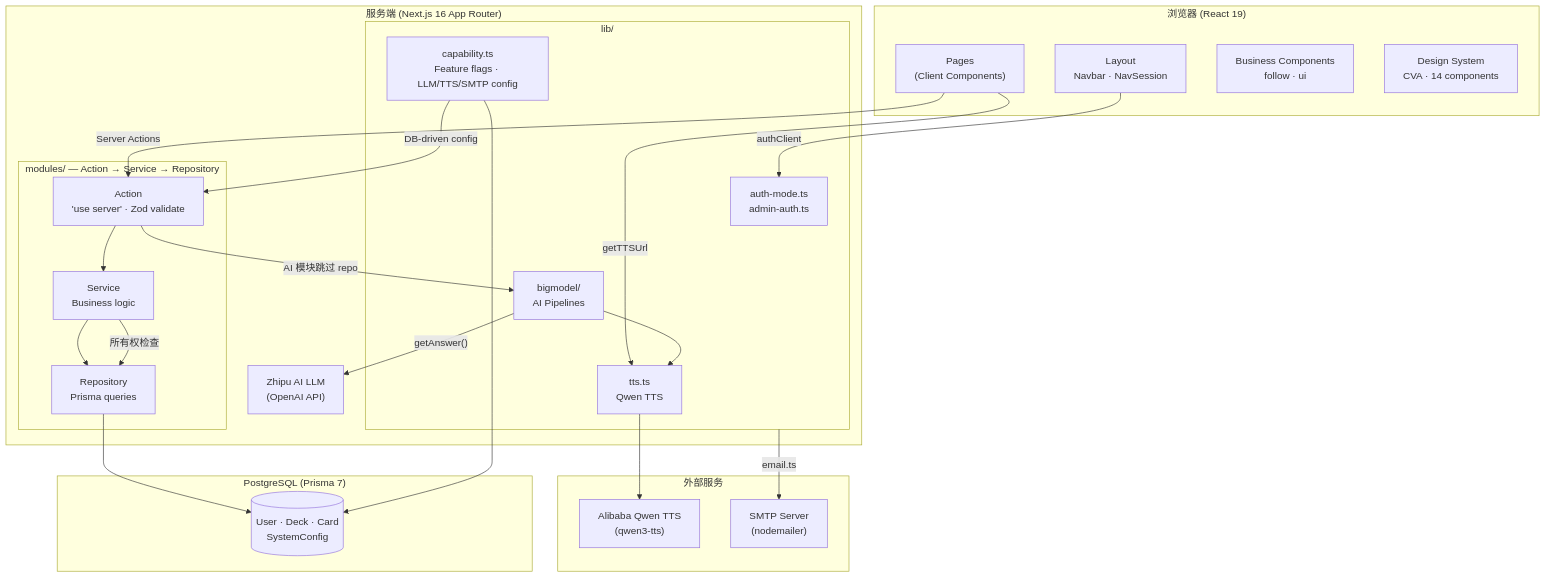
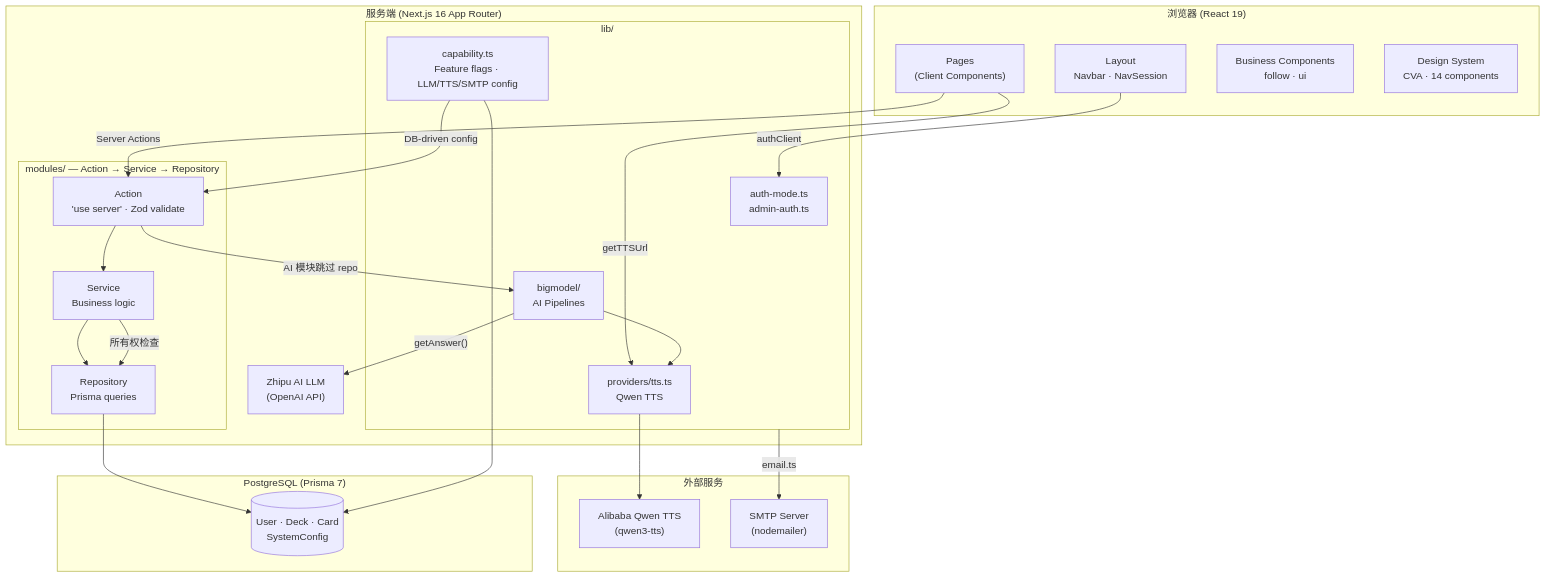
The diagram in README.zh-CN.md (GoddoNebianU/learn-languages), drawn with Mermaid before and after one commit. The commit also changed other lines of this file and 2 other files, not shown here.

Commit message:
docs: clarify doc scope in AGENTS.md, fix README alignment
- AGENTS.md: document that docs include README.md and README.zh-CN.md
- README.md + README.zh-CN.md: tts.ts → providers/tts.ts in mermaid diagram
- README.md + README.zh-CN.md: add compact mode to feature list

````diff
--- a/README.zh-CN.md
+++ b/README.zh-CN.md
@@ -47,48 +48,48 @@
 ```mermaid
 graph TB
     subgraph Browser["浏览器 (React 19)"]
         Pages["Pages<br/>(Client Components)"]
         Layout["Layout<br/>Navbar · NavSession"]
         BizComps["Business Components<br/>follow · ui"]
         DS["Design System<br/>CVA · 14 components"]
     end
 
     Pages -->|"Server Actions"| Action
     Layout -->|"authClient"| AuthMod
     Pages -->|"getTTSUrl"| TTS
 
     subgraph Server["服务端 (Next.js 16 App Router)"]
         subgraph Modules["modules/ — Action → Service → Repository"]
             Action["Action<br/>'use server' · Zod validate"] --> Service["Service<br/>Business logic"] --> Repository["Repository<br/>Prisma queries"]
         end
         Action -->|"AI 模块跳过 repo"| Pipelines
 
         subgraph Lib["lib/"]
             AuthMod["auth-mode.ts<br/>admin-auth.ts"]
             Cap["capability.ts<br/>Feature flags · LLM/TTS/SMTP config"]
             Pipelines["bigmodel/<br/>AI Pipelines"]
-            TTS["tts.ts<br/>Qwen TTS"]
+            TTS["providers/tts.ts<br/>Qwen TTS"]
         end
 
         Service -->|"所有权检查"| Repository
         Pipelines -->|"getAnswer()"| LLM
         Pipelines --> TTS
         Cap -->|"DB-driven config"| Action
     end
 
     Repository --> DB
     Cap --> DB
 
     subgraph Storage["PostgreSQL (Prisma 7)"]
         DB[("User · Deck · Card<br/>SystemConfig")]
     end
 
     subgraph External["外部服务"]
         LLM["Zhipu AI LLM<br/>(OpenAI API)"]
         Qwen["Alibaba Qwen TTS<br/>(qwen3-tts)"]
         SMTP["SMTP Server<br/>(nodemailer)"]
     end
 
     TTS --> Qwen
     Lib -->|"email.ts"| SMTP
 ```
````
